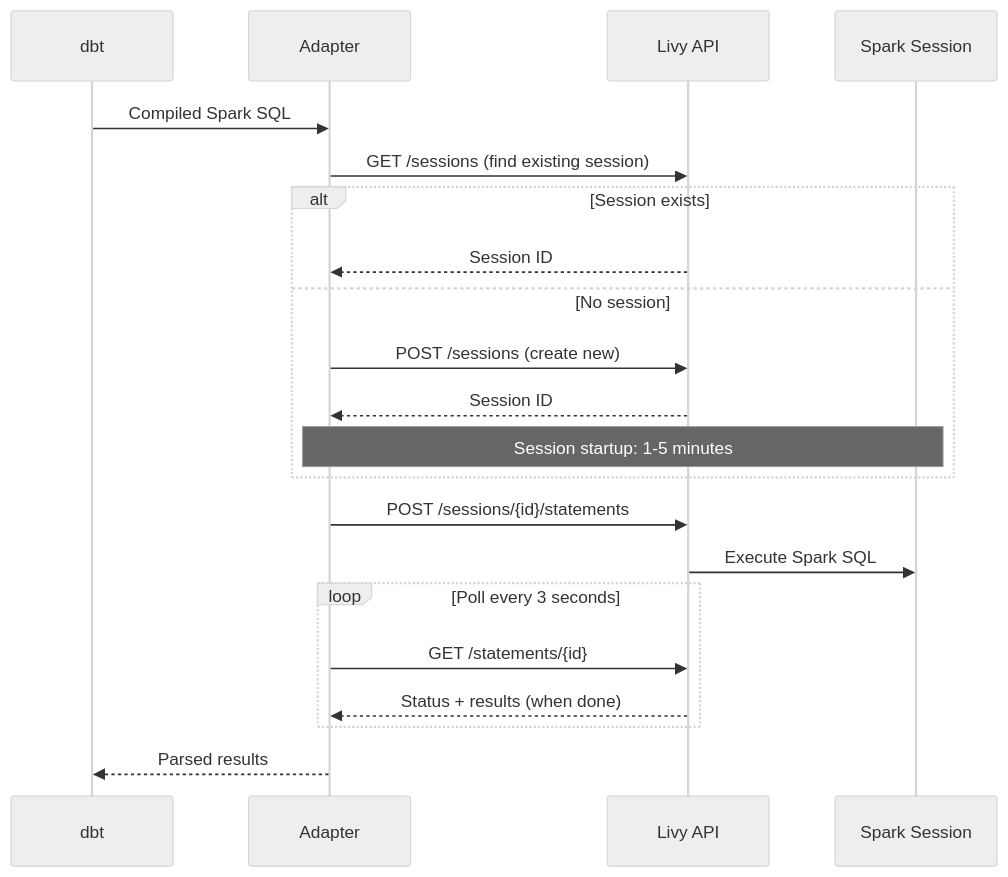
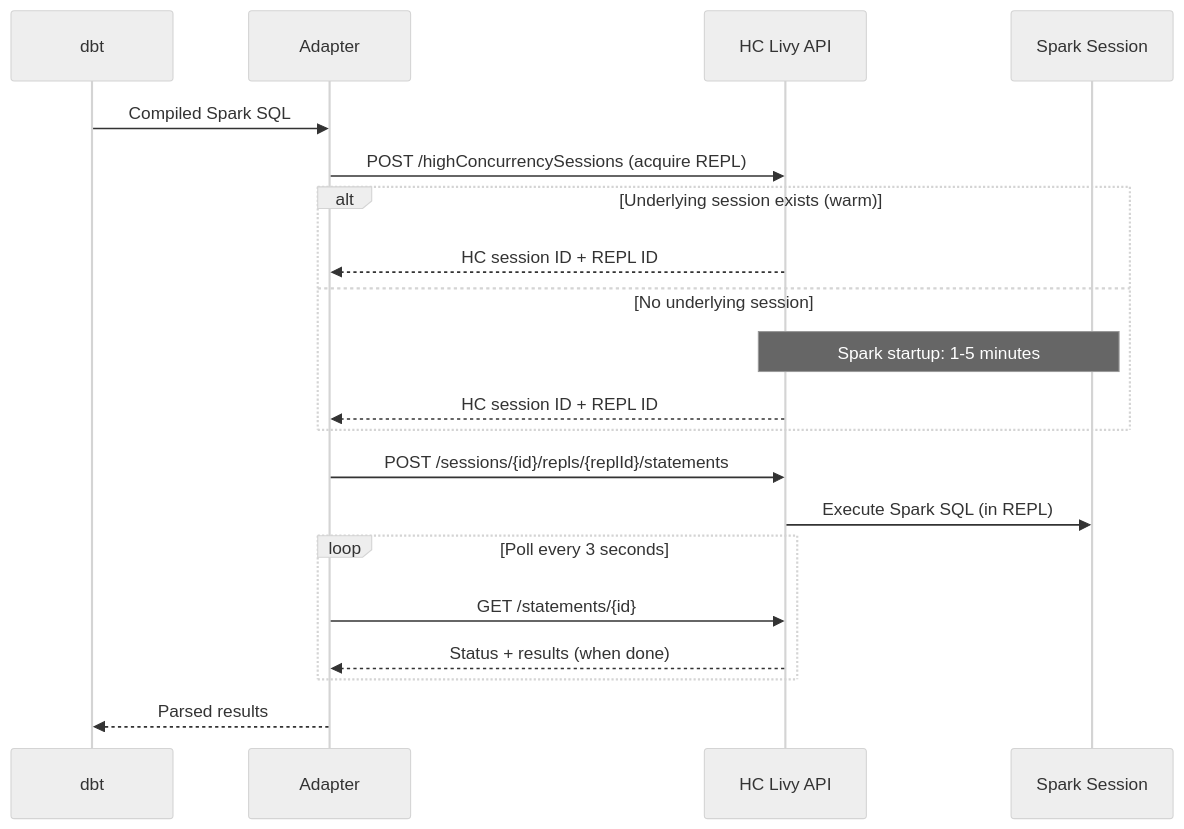
The diagram in docs/lakehouse.md (sdebruyn/dbt-fabric), drawn with Mermaid (neutral theme) before and after one commit. The commit also changed other lines of this file and 6 other files, not shown here.

First line of the commit message:
Remove non-HC singleton path, make high-concurrency Livy the only mode

````diff
--- a/docs/lakehouse.md
+++ b/docs/lakehouse.md
@@ -50,24 +50,23 @@
 ```mermaid
 sequenceDiagram
     participant dbt
     participant Adapter
-    participant Livy API
+    participant HC Livy API
     participant Spark Session
 
     dbt->>Adapter: Compiled Spark SQL
-    Adapter->>Livy API: GET /sessions (find existing session)
-    alt Session exists
-        Livy API-->>Adapter: Session ID
-    else No session
-        Adapter->>Livy API: POST /sessions (create new)
-        Livy API-->>Adapter: Session ID
-        Note over Adapter,Spark Session: Session startup: 1-5 minutes
+    Adapter->>HC Livy API: POST /highConcurrencySessions (acquire REPL)
+    alt Underlying session exists (warm)
+        HC Livy API-->>Adapter: HC session ID + REPL ID
+    else No underlying session
+        Note over HC Livy API,Spark Session: Spark startup: 1-5 minutes
+        HC Livy API-->>Adapter: HC session ID + REPL ID
     end
-    Adapter->>Livy API: POST /sessions/{id}/statements
-    Livy API->>Spark Session: Execute Spark SQL
+    Adapter->>HC Livy API: POST /sessions/{id}/repls/{replId}/statements
+    HC Livy API->>Spark Session: Execute Spark SQL (in REPL)
     loop Poll every 3 seconds
-        Adapter->>Livy API: GET /statements/{id}
-        Livy API-->>Adapter: Status + results (when done)
+        Adapter->>HC Livy API: GET /statements/{id}
+        HC Livy API-->>Adapter: Status + results (when done)
     end
     Adapter-->>dbt: Parsed results
 ```
````
